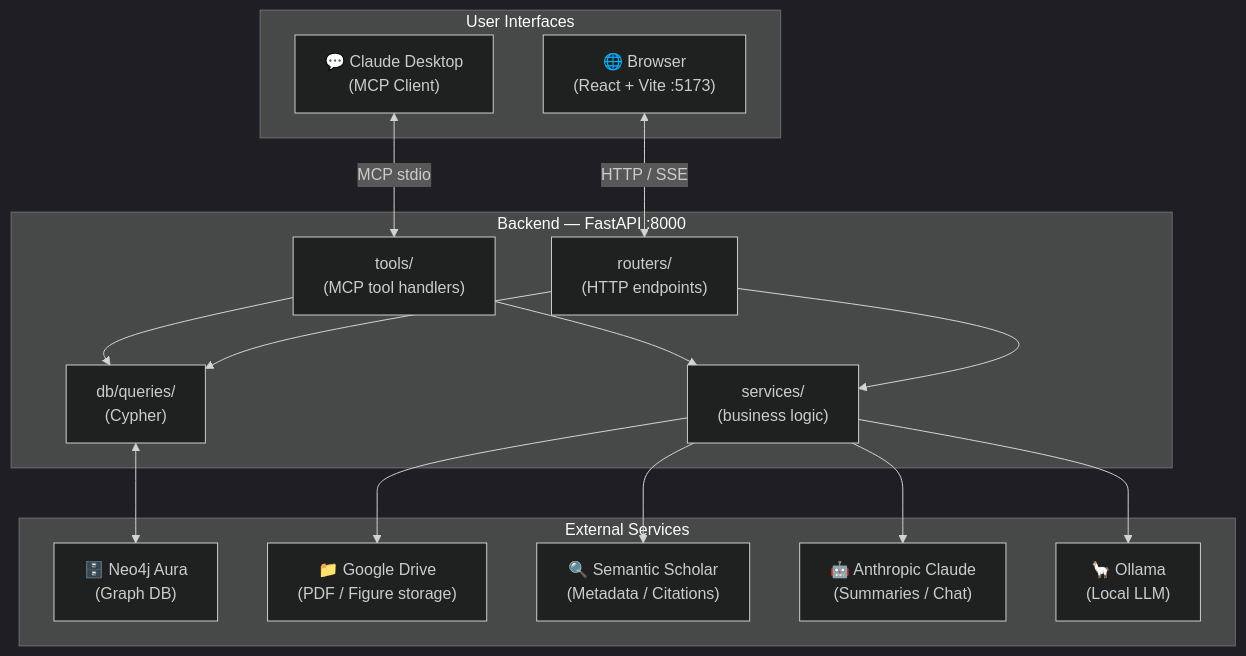
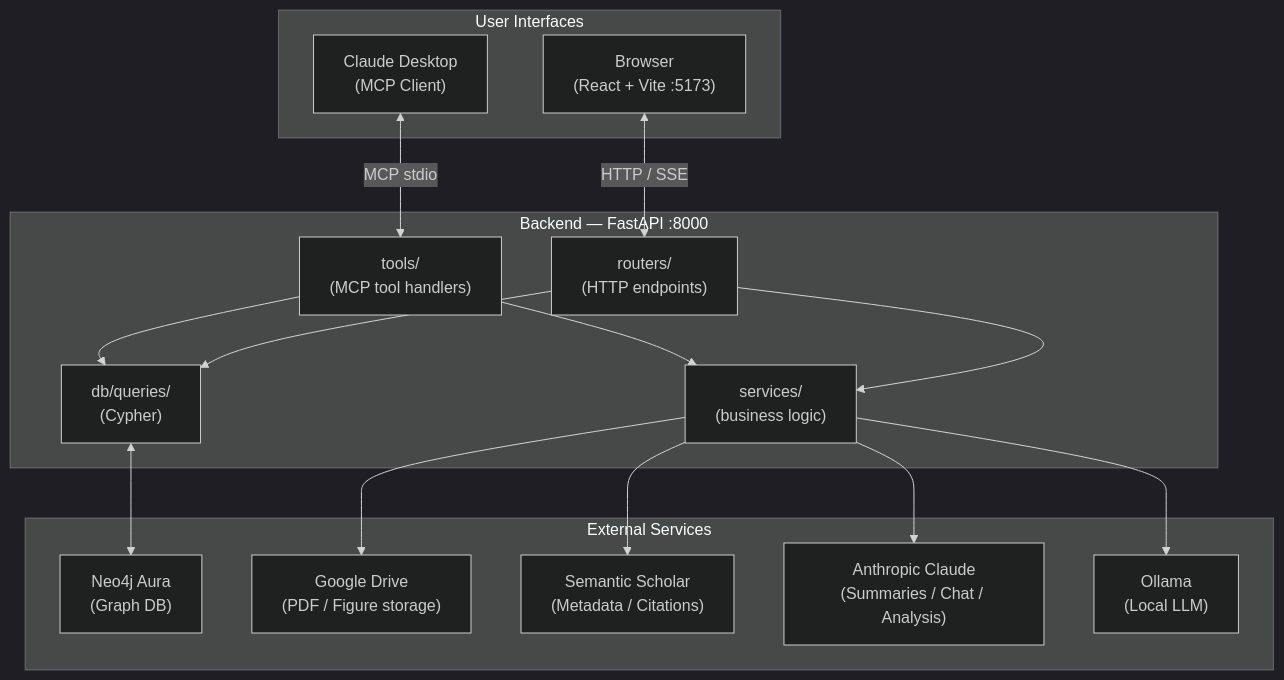
The first of 2 diagrams in docs/technical/architecture.md (NiklasAbraham/PaperManager), drawn with Mermaid (dark theme) before and after one commit. The commit also changed other lines of this file and 43 other files, not shown here.

````diff
--- a/docs/technical/architecture.md
+++ b/docs/technical/architecture.md
@@ -9,34 +9,34 @@
 ```mermaid
 graph TB
     subgraph "User Interfaces"
-        Browser["🌐 Browser\n(React + Vite :5173)"]
-        ClaudeDesktop["💬 Claude Desktop\n(MCP Client)"]
+        Browser["Browser\n(React + Vite :5173)"]
+        ClaudeDesktop["Claude Desktop\n(MCP Client)"]
     end
 
     subgraph "Backend — FastAPI :8000"
         Routers["routers/\n(HTTP endpoints)"]
         MCPTools["tools/\n(MCP tool handlers)"]
         Services["services/\n(business logic)"]
         DBQueries["db/queries/\n(Cypher)"]
     end
 
     subgraph "External Services"
-        Neo4j["🗄️ Neo4j Aura\n(Graph DB)"]
-        Drive["📁 Google Drive\n(PDF / Figure storage)"]
-        S2["🔍 Semantic Scholar\n(Metadata / Citations)"]
-        Claude["🤖 Anthropic Claude\n(Summaries / Chat)"]
-        Ollama["🦙 Ollama\n(Local LLM)"]
+        Neo4j["Neo4j Aura\n(Graph DB)"]
+        Drive["Google Drive\n(PDF / Figure storage)"]
+        S2["Semantic Scholar\n(Metadata / Citations)"]
+        Claude["Anthropic Claude\n(Summaries / Chat / Analysis)"]
+        Ollama["Ollama\n(Local LLM)"]
     end
 
     Browser <-->|"HTTP / SSE"| Routers
     ClaudeDesktop <-->|"MCP stdio"| MCPTools
     MCPTools --> Services
     MCPTools --> DBQueries
     Routers --> Services
     Routers --> DBQueries
     DBQueries <--> Neo4j
     Services --> Drive
     Services --> S2
     Services --> Claude
     Services --> Ollama
 ```
````
